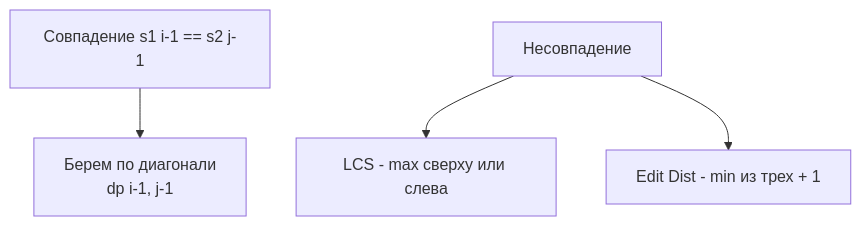
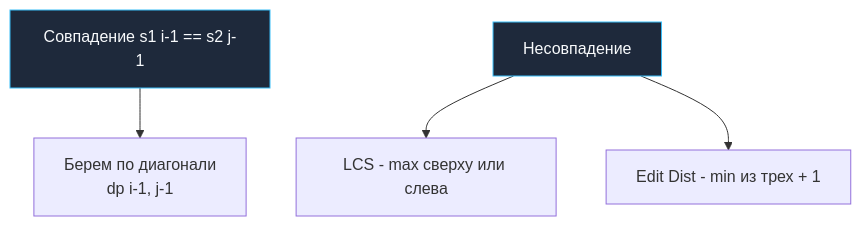
One commit to UnrealTemplier/go-textbook changed the diagram in sources/21. Задачи с LeetCode и собеседований на Go/02. Задачи/20. Динамическое программирование на строках/2. LCS и edit distance.md. Above: the diagram before and after it, drawn with Mermaid. The commit also changed 1666 other files, not shown here.

First line of the commit message:
feat(mermaid): add semantic color classDef to 1369 colorless flowchart/graph diagrams

````diff
--- a/sources/21. Задачи с LeetCode и собеседований на Go/02. Задачи/20. Динамическое программирование на строках/2. LCS и edit distance.md
+++ b/sources/21. Задачи с LeetCode и собеседований на Go/02. Задачи/20. Динамическое программирование на строках/2. LCS и edit distance.md
@@ -35,6 +35,16 @@
 ```mermaid
 flowchart TD
-    A["Совпадение s1 i-1 == s2 j-1"] --> B["Берем по диагонали<br>dp i-1, j-1"]
-    C["Несовпадение"] --> D["LCS - max сверху или слева"]
+    classDef process  fill:#1e293b,stroke:#38bdf8,stroke-width:1px,color:#f8fafc
+    classDef success  fill:#064e3b,stroke:#34d399,stroke-width:1px,color:#f8fafc
+    classDef error    fill:#7f1d1d,stroke:#f87171,stroke-width:1px,color:#f8fafc
+    classDef warning  fill:#78350f,stroke:#fbbf24,stroke-width:1px,color:#f8fafc
+    classDef entry    fill:#1e3a5f,stroke:#38bdf8,stroke-width:2px,color:#f8fafc
+    classDef aux      fill:#334155,stroke:#64748b,stroke-width:1px,color:#f8fafc
+    classDef system   fill:#312e81,stroke:#a78bfa,stroke-width:1px,color:#f8fafc
+    classDef data     fill:#132d29,stroke:#2dd4bf,stroke-width:1px,color:#f8fafc
+    classDef network  fill:#881337,stroke:#fb7185,stroke-width:1px,color:#f8fafc
+    classDef accent   fill:#1e1b4b,stroke:#818cf8,stroke-width:1px,color:#f8fafc
+    A["Совпадение s1 i-1 == s2 j-1"]:::process --> B["Берем по диагонали<br>dp i-1, j-1"]
+    C["Несовпадение"]:::process --> D["LCS - max сверху или слева"]
     C --> E["Edit Dist - min из трех + 1"]
 ```
````
